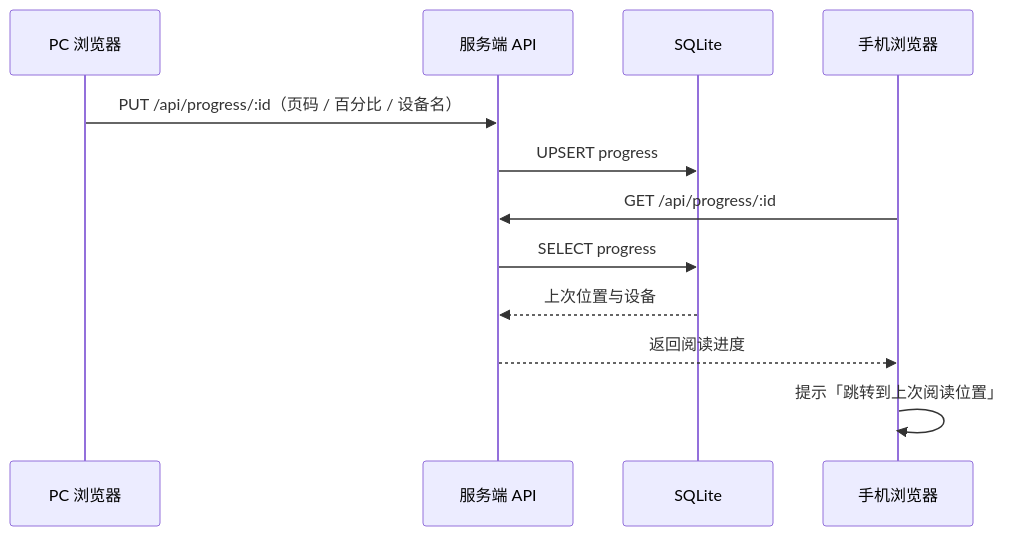
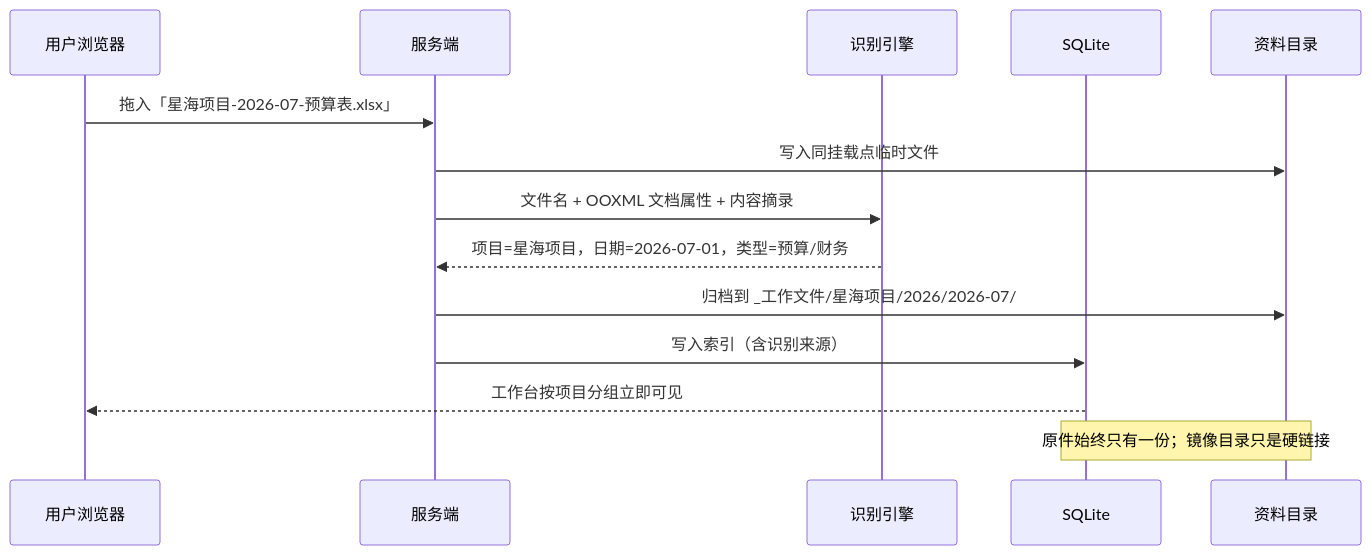
One commit to CrystalGabrielle/LanternDesk changed the second of 2 diagrams in README.md. Above: the diagram before and after it, drawn with Mermaid. The commit also changed other lines of this file and 33 other files, not shown here.

````diff
--- a/README.md
+++ b/README.md
@@ -106,14 +126,16 @@
 ```mermaid
 sequenceDiagram
-    participant PC as PC 浏览器
-    participant API as 服务端 API
+    participant U as 用户浏览器
+    participant API as 服务端
+    participant W as 识别引擎
     participant DB as SQLite
-    participant PH as 手机浏览器
-    PC->>API: PUT /api/progress/:id（页码 / 百分比 / 设备名）
-    API->>DB: UPSERT progress
-    PH->>API: GET /api/progress/:id
-    API->>DB: SELECT progress
-    DB-->>API: 上次位置与设备
-    API-->>PH: 返回阅读进度
-    PH->>PH: 提示「跳转到上次阅读位置」
+    participant FS as 资料目录
+    U->>API: 拖入「星海项目-2026-07-预算表.xlsx」
+    API->>FS: 写入同挂载点临时文件
+    API->>W: 文件名 + OOXML 文档属性 + 内容摘录
+    W-->>API: 项目=星海项目，日期=2026-07-01，类型=预算/财务
+    API->>FS: 归档到 _工作文件/星海项目/2026/2026-07/
+    API->>DB: 写入索引（含识别来源）
+    DB-->>U: 工作台按项目分组立即可见
+    Note over FS,DB: 原件始终只有一份；镜像目录只是硬链接
 ```
````
